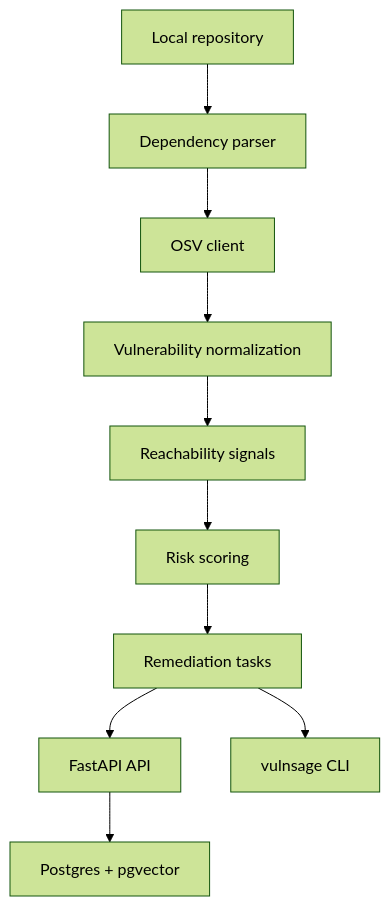
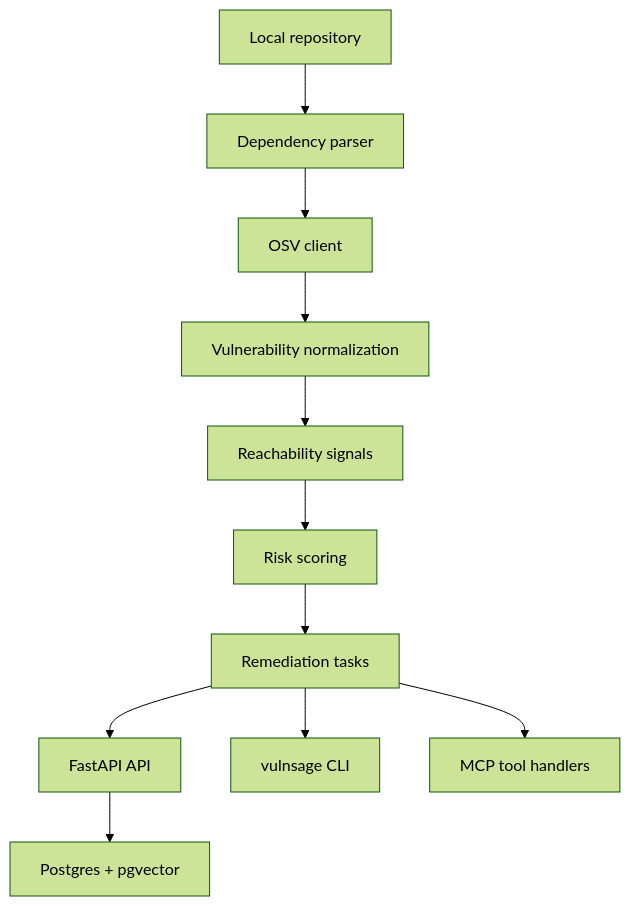
The diagram in README.md (Jeffreyp1/Sage-AI), drawn with Mermaid (forest theme) before and after one commit. The commit also changed other lines of this file and 49 other files, not shown here.

````diff
--- a/README.md
+++ b/README.md
@@ -12,12 +12,13 @@
 ```mermaid
 flowchart TD
     Repo["Local repository"] --> Parser["Dependency parser"]
     Parser --> OSV["OSV client"]
     OSV --> Normalize["Vulnerability normalization"]
     Normalize --> Reach["Reachability signals"]
     Reach --> Risk["Risk scoring"]
     Risk --> Tasks["Remediation tasks"]
     Tasks --> API["FastAPI API"]
     Tasks --> CLI["vulnsage CLI"]
+    Tasks --> MCP["MCP tool handlers"]
     API --> DB["Postgres + pgvector"]
 ```
````
